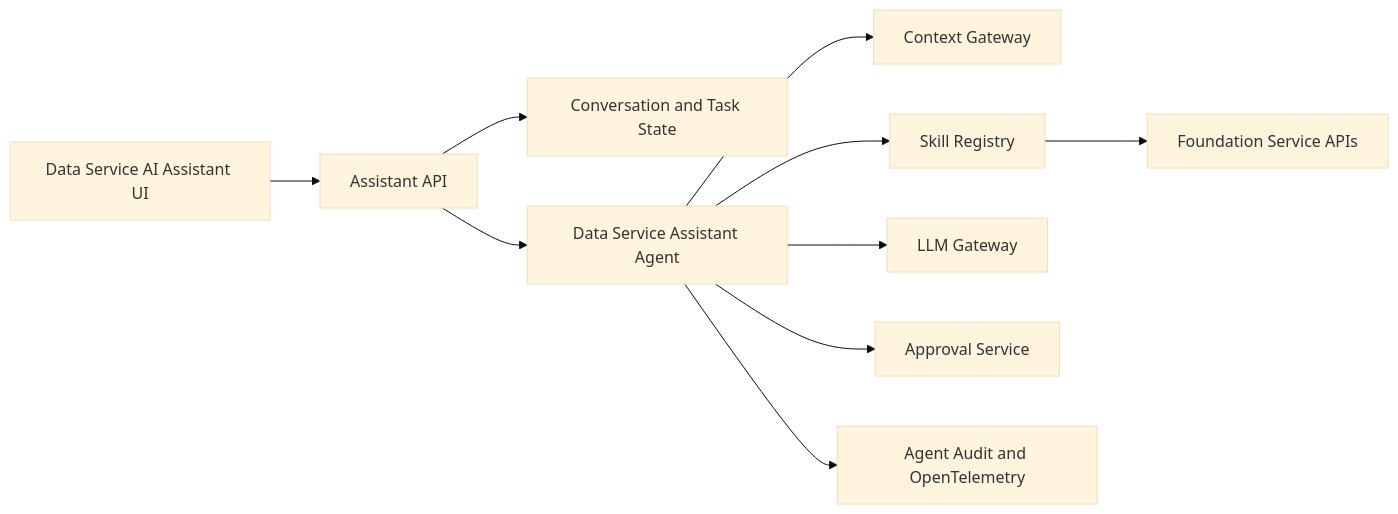
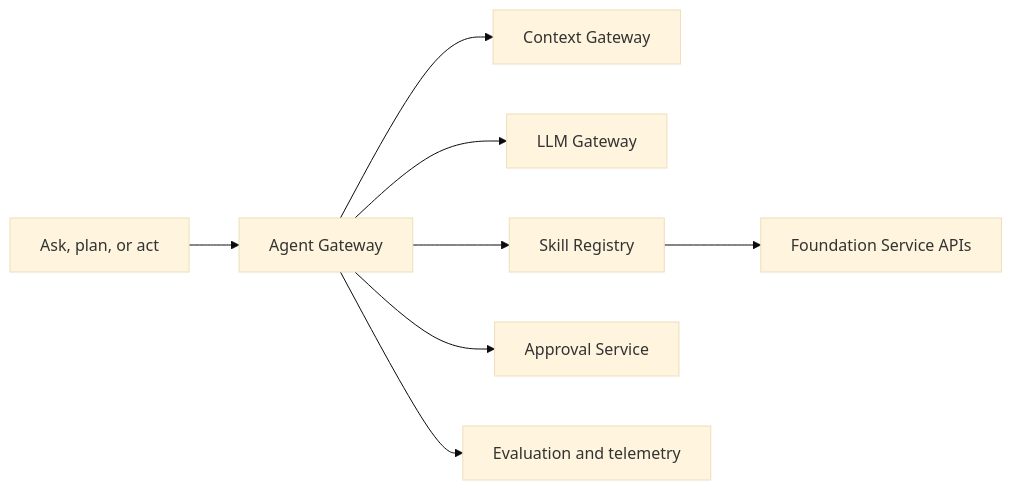
Before and after one commit to cong78/data-foundation-architecture: the diagram in docs/services/data-service-ai-assistant.md, drawn with Mermaid (base theme). The commit also changed other lines of this file and 63 other files, not shown here.

Commit message:
Publish data foundation architecture v0.1.0

````diff
--- a/docs/services/data-service-ai-assistant.md
+++ b/docs/services/data-service-ai-assistant.md
@@ -85,12 +28,10 @@
 ```mermaid
 flowchart LR
-    UI[Data Service AI Assistant UI] --> API[Assistant API]
-    API --> SESSION[Conversation and Task State]
-    API --> AGENT[Data Service Assistant Agent]
-    AGENT --> CONTEXT[Context Gateway]
-    AGENT --> SKILLS[Skill Registry]
-    AGENT --> MODEL[LLM Gateway]
-    AGENT --> APPROVAL[Approval Service]
-    SKILLS --> SERVICES[Foundation Service APIs]
-    AGENT --> AUDIT[Agent Audit and OpenTelemetry]
+    UI["Ask, plan, or act"] --> GATE["Agent Gateway"]
+    GATE --> CONTEXT["Context Gateway"]
+    GATE --> MODEL["LLM Gateway"]
+    GATE --> SKILLS["Skill Registry"]
+    GATE --> APPROVAL["Approval Service"]
+    SKILLS --> SERVICES["Foundation Service APIs"]
+    GATE --> EVAL["Evaluation and telemetry"]
 ```
````
